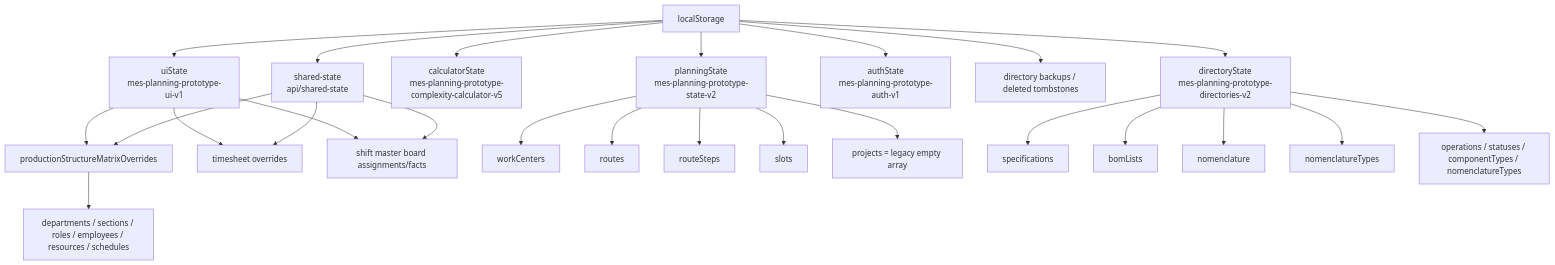
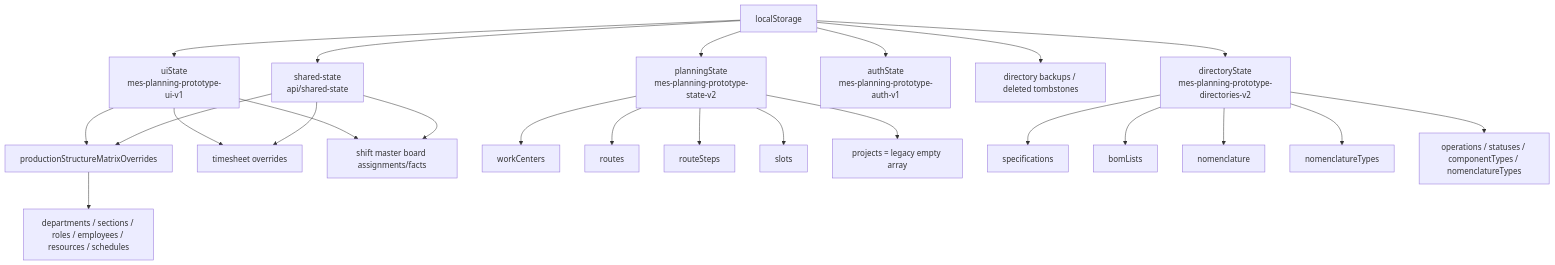
The first of 6 diagrams in docs/object-relationship-map.md (vladislav241194/mes-staging), drawn with Mermaid before and after one commit. The commit also changed other lines of this file and 133 other files, not shown here.

````diff
--- a/docs/object-relationship-map.md
+++ b/docs/object-relationship-map.md
@@ -75,31 +75,30 @@
 ```mermaid
 flowchart TB
   LS["localStorage"]
 
   LS --> PS["planningState<br/>mes-planning-prototype-state-v2"]
   LS --> DS["directoryState<br/>mes-planning-prototype-directories-v2"]
-  LS --> CS["calculatorState<br/>mes-planning-prototype-complexity-calculator-v5"]
   LS --> UI["uiState<br/>mes-planning-prototype-ui-v1"]
   LS --> AUTH["authState<br/>mes-planning-prototype-auth-v1"]
   LS --> BACKUP["directory backups / deleted tombstones"]
   LS --> SHARED["shared-state<br/>api/shared-state"]
 
   UI --> PSM["productionStructureMatrixOverrides"]
   UI --> TSO["timesheet overrides"]
   UI --> SMB["shift master board assignments/facts"]
   SHARED --> PSM
   SHARED --> TSO
   SHARED --> SMB
   PS --> WC["workCenters"]
   PS --> R["routes"]
   PS --> RS["routeSteps"]
   PS --> S["slots"]
   PS --> LP["projects = legacy empty array"]
 
   DS --> SPEC["specifications"]
   DS --> BOM["bomLists"]
   DS --> NOM["nomenclature"]
   DS --> NT["nomenclatureTypes"]
   DS --> DIR["operations / statuses / componentTypes / nomenclatureTypes"]
   PSM --> ORG["departments / sections / roles / employees / resources / schedules"]
 ```
````
